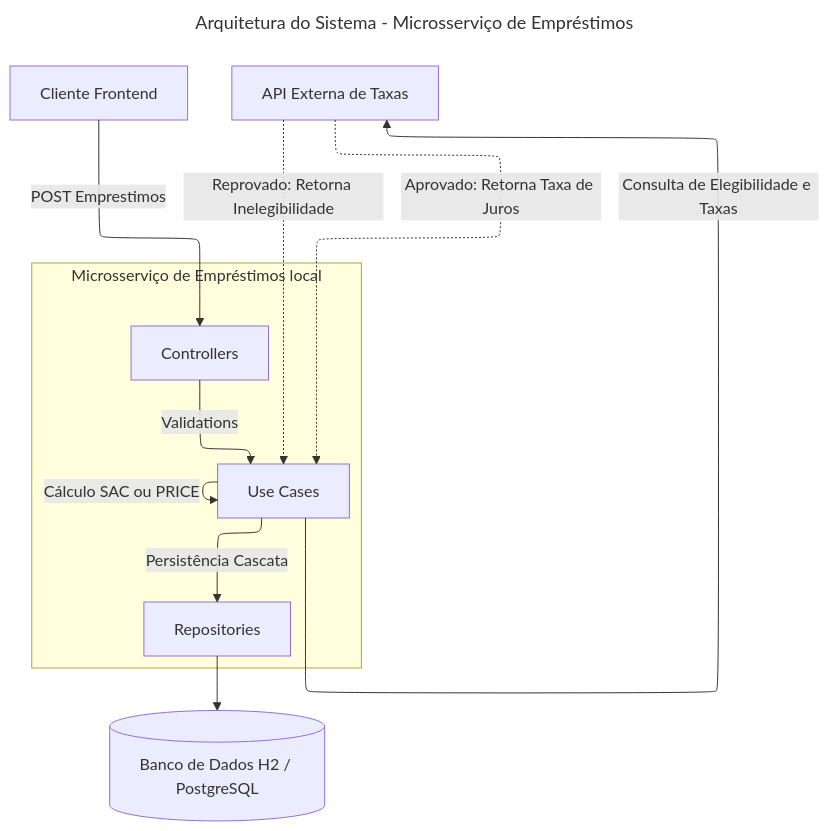
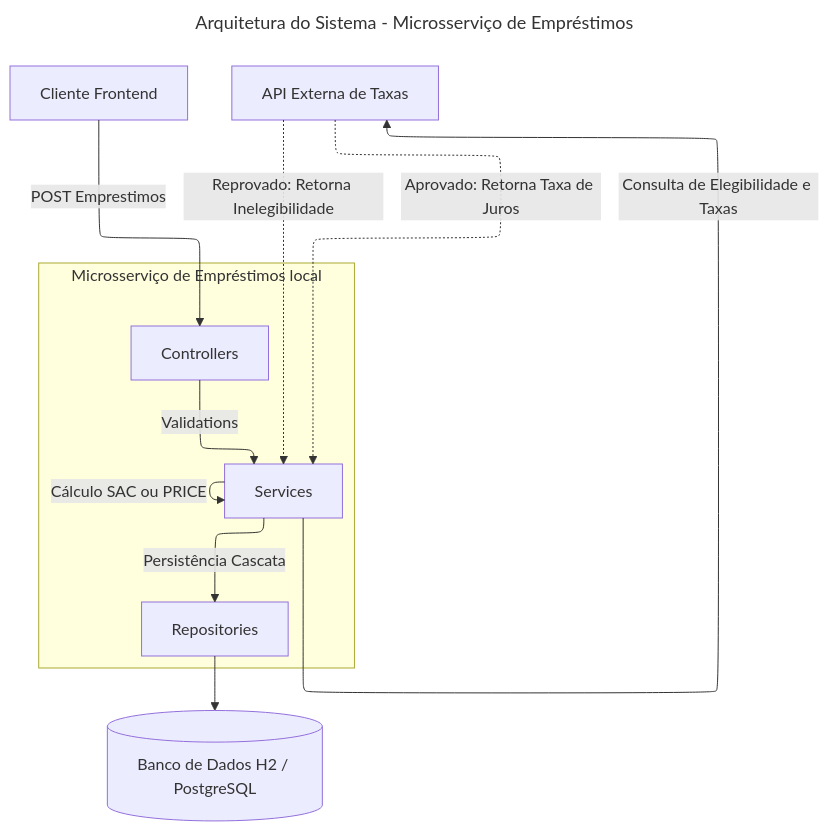
The diagram in material-aulas/projeto-final/PROJETO_FINAL_architecture.md (viniciusCornieri/caixaverso-010-pe-jv-001), drawn with Mermaid before and after one commit. The commit also changed other lines of this file and 12 other files, not shown here.

````diff
--- a/material-aulas/projeto-final/PROJETO_FINAL_architecture.md
+++ b/material-aulas/projeto-final/PROJETO_FINAL_architecture.md
@@ -7,27 +7,27 @@
 ```mermaid
 ---
 title: Arquitetura do Sistema - Microsserviço de Empréstimos
 config:
   flowchart:
     defaultRenderer: "elk"
 ---
 flowchart TD
     Client[Cliente Frontend] -->|POST Emprestimos| API_Layer[Controllers]
-    API_Layer -->|Validations| Business_Layer[Use Cases]
+    API_Layer -->|Validations| Business_Layer[Services]
 
     subgraph MS [Microsserviço de Empréstimos local]
         API_Layer
         Business_Layer
         DataAccess[Repositories]
     end
 
     Business_Layer -->|Consulta de Elegibilidade e Taxas| ExtAPI[API Externa de Taxas]
     ExtAPI -.->|Aprovado: Retorna Taxa de Juros| Business_Layer
     ExtAPI -.->|Reprovado: Retorna Inelegibilidade| Business_Layer
 
     Business_Layer -->|Cálculo SAC ou PRICE| Business_Layer
 
     Business_Layer -->|Persistência Cascata| DataAccess
     DataAccess --> DB[(Banco de Dados H2 / PostgreSQL)]
 
 ```
````
